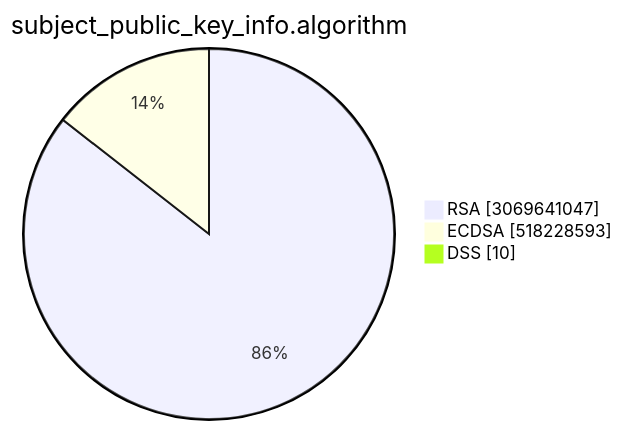
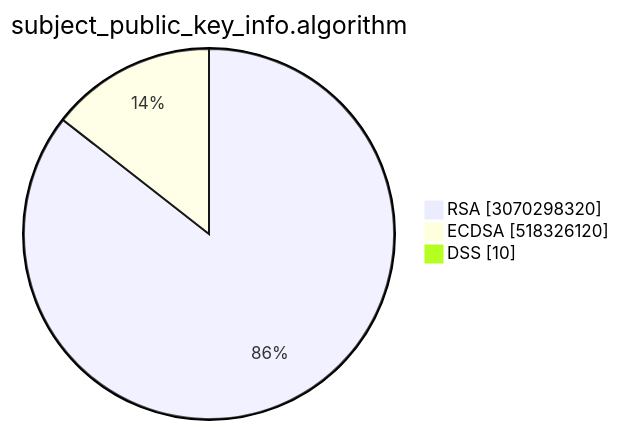
The second of 15 diagrams in TOTAL/README.md (christiankrug/ctmonitor_visualization), drawn with Mermaid before and after one commit. The commit also changed other lines of this file, not shown here.

````diff
--- a/TOTAL/README.md
+++ b/TOTAL/README.md
@@ -6,7 +6,7 @@
 ```mermaid
 pie showData
 title subject_public_key_info.algorithm
-"RSA" :3069641047
-"ECDSA" :518228593
+"RSA" :3070298320
+"ECDSA" :518326120
 "DSS" :10
 ```
````
